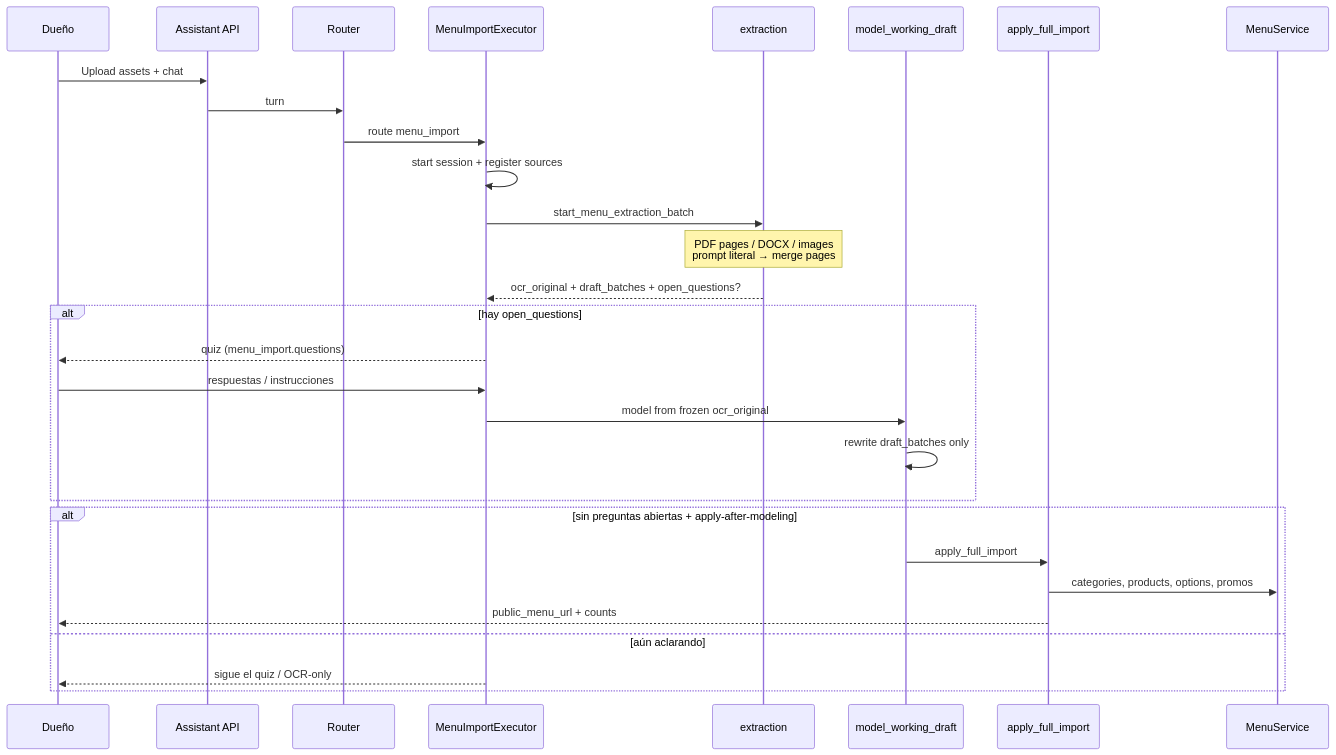
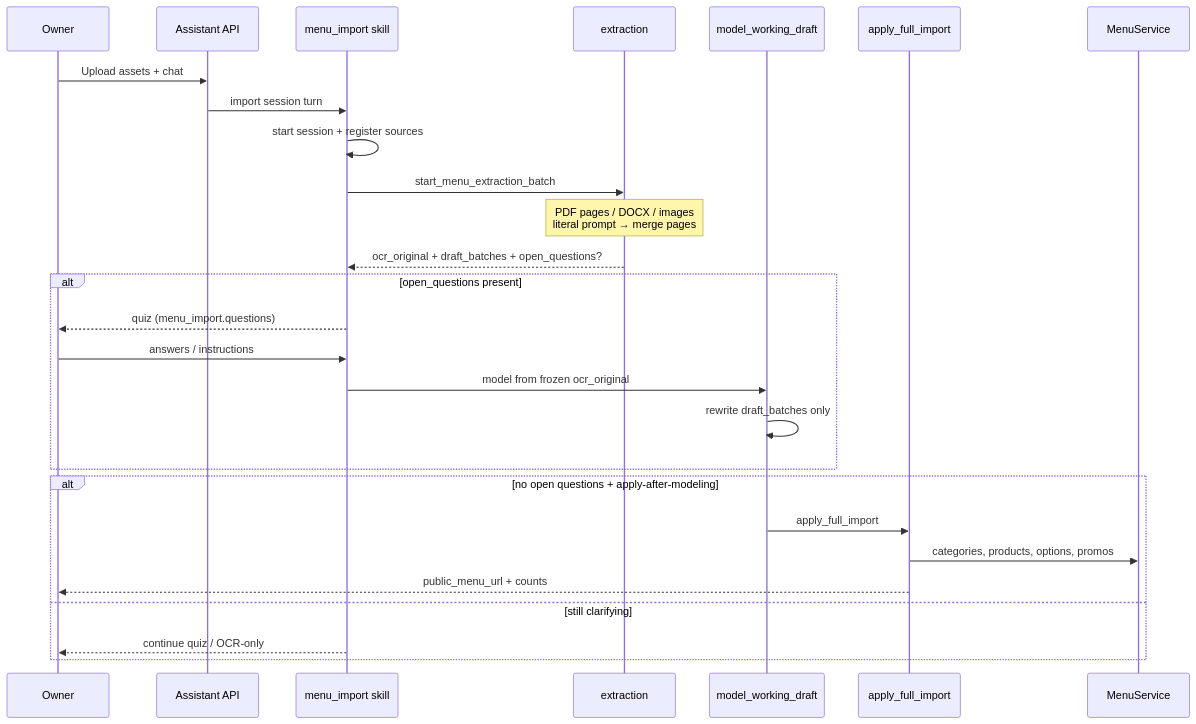
Before and after one commit to coderTtxi12/venddelo-ai: the third of 3 diagrams in README.md, drawn with Mermaid. The commit also changed other lines of this file, not shown here.

First line of the commit message:
docs: rewrite README for Mexy Agent orchestrator architecture

````diff
--- a/README.md
+++ b/README.md
@@ -265,32 +291,30 @@
 ```mermaid
 sequenceDiagram
-  participant Owner as Dueño
+  participant Owner as Owner
   participant API as Assistant API
-  participant Router as Router
-  participant Exec as MenuImportExecutor
+  participant Imp as menu_import skill
   participant OCR as extraction
   participant Model as model_working_draft
   participant Apply as apply_full_import
   participant Live as MenuService
 
   Owner->>API: Upload assets + chat
-  API->>Router: turn
-  Router->>Exec: route menu_import
-  Exec->>Exec: start session + register sources
-  Exec->>OCR: start_menu_extraction_batch
-  Note over OCR: PDF pages / DOCX / images<br/>prompt literal → merge pages
-  OCR-->>Exec: ocr_original + draft_batches + open_questions?
-  alt hay open_questions
-    Exec-->>Owner: quiz (menu_import.questions)
-    Owner->>Exec: respuestas / instrucciones
-    Exec->>Model: model from frozen ocr_original
+  API->>Imp: import session turn
+  Imp->>Imp: start session + register sources
+  Imp->>OCR: start_menu_extraction_batch
+  Note over OCR: PDF pages / DOCX / images<br/>literal prompt → merge pages
+  OCR-->>Imp: ocr_original + draft_batches + open_questions?
+  alt open_questions present
+    Imp-->>Owner: quiz (menu_import.questions)
+    Owner->>Imp: answers / instructions
+    Imp->>Model: model from frozen ocr_original
     Model->>Model: rewrite draft_batches only
   end
-  alt sin preguntas abiertas + apply-after-modeling
+  alt no open questions + apply-after-modeling
     Model->>Apply: apply_full_import
     Apply->>Live: categories, products, options, promos
     Apply-->>Owner: public_menu_url + counts
-  else aún aclarando
-    Exec-->>Owner: sigue el quiz / OCR-only
+  else still clarifying
+    Imp-->>Owner: continue quiz / OCR-only
   end
 ```
````
